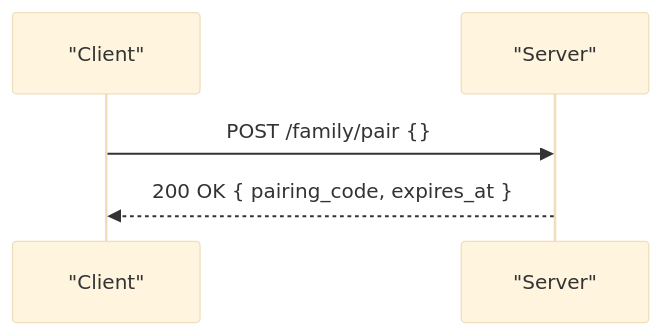
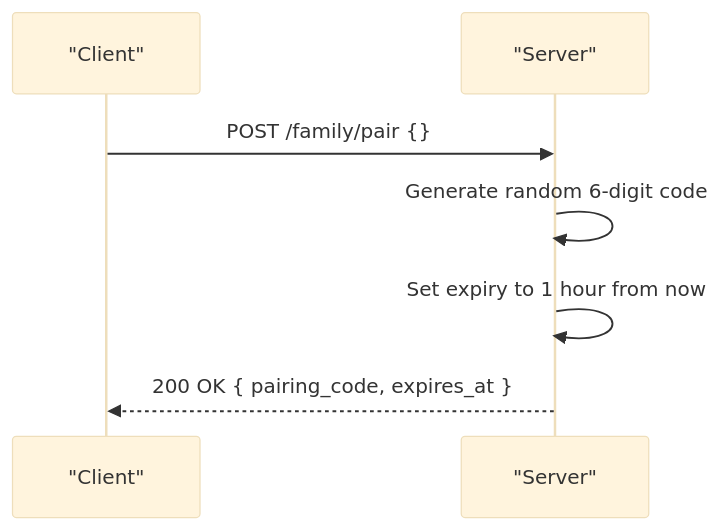
One commit to cyberNoman/Safe-Pakistan changed the fourth of 6 diagrams in .qoder/repowiki/en/content/API Reference/API Reference.md. Above: the diagram before and after it, drawn with Mermaid (base theme). The commit also changed other lines of this file and 52 other files, not shown here.

````diff
--- a/.qoder/repowiki/en/content/API Reference/API Reference.md
+++ b/.qoder/repowiki/en/content/API Reference/API Reference.md
@@ -177,7 +218,9 @@
 ```mermaid
 sequenceDiagram
 participant C as "Client"
 participant S as "Server"
 C->>S : POST /family/pair {}
+S->>S : Generate random 6-digit code
+S->>S : Set expiry to 1 hour from now
 S-->>C : 200 OK { pairing_code, expires_at }
 ```
````
